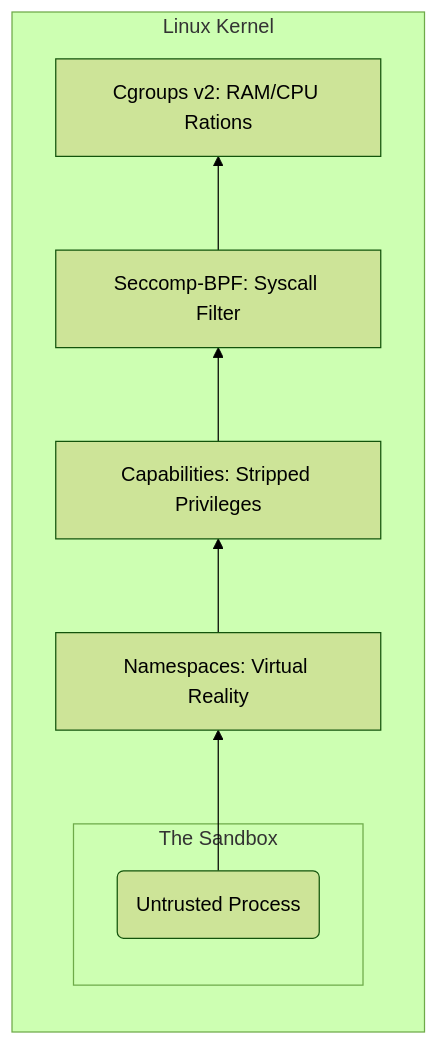
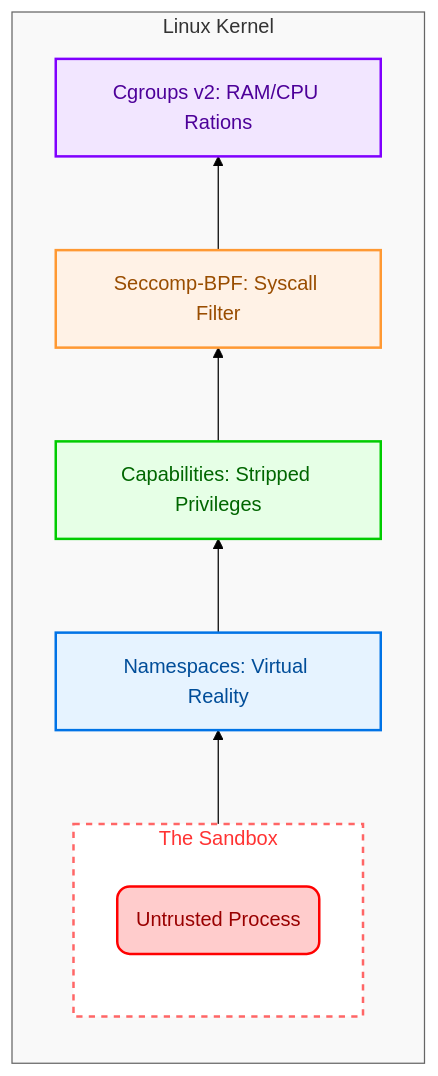
One commit to samwasted/shell-cpp changed the first of 3 diagrams in README.md. Above: the diagram before and after it, drawn with Mermaid (forest theme).

````diff
--- a/README.md
+++ b/README.md
@@ -90,37 +90,35 @@
 ```mermaid
 
 graph BT
 
-    subgraph Host_Kernel [Linux Kernel]
+    subgraph Host_Kernel [Linux Kernel]
+        direction BT
+        
+        Cgroups[Cgroups v2: RAM/CPU Rations]:::cgroupNode
+        Seccomp[Seccomp-BPF: Syscall Filter]:::seccompNode
+        Caps[Capabilities: Stripped Privileges]:::capsNode
+        NS[Namespaces: Virtual Reality]:::nsNode
+        
+        subgraph Jail [The Sandbox]
+            direction BT
+            Payload(Untrusted Process):::payloadNode
+        end
+        
+        Payload --> NS
+        NS --> Caps
+        Caps --> Seccomp
+        Seccomp --> Cgroups
+    end
 
-        direction BT
-
-        Cgroups[Cgroups v2: RAM/CPU Rations]
-
-        Seccomp[Seccomp-BPF: Syscall Filter]
-
-        Caps[Capabilities: Stripped Privileges]
-
-        NS[Namespaces: Virtual Reality]
-
-        
-
-        subgraph Jail [The Sandbox]
-
-            Payload(Untrusted Process)
-
-        end
-
-        
-
-        Payload --> NS
-
-        NS --> Caps
-
-        Caps --> Seccomp
-
-        Seccomp --> Cgroups
-
-    end
+    %% Define colors and styles
+    classDef payloadNode fill:#ffcccc,stroke:#ff0000,stroke-width:2px,rx:10,ry:10,color:#990000;
+    classDef nsNode fill:#e6f3ff,stroke:#0073e6,stroke-width:2px,color:#004d99;
+    classDef capsNode fill:#e6ffe6,stroke:#00cc00,stroke-width:2px,color:#006600;
+    classDef seccompNode fill:#fff2e6,stroke:#ff9933,stroke-width:2px,color:#994d00;
+    classDef cgroupNode fill:#f2e6ff,stroke:#8000ff,stroke-width:2px,color:#4d0099;
+    
+    %% Style the subgraphs
+    style Host_Kernel fill:#f9f9f9,stroke:#666,stroke-width:1px,color:#333;
+    style Jail fill:#fff,stroke:#ff6666,stroke-width:2px,stroke-dasharray: 5 5,color:#ff3333;
 
 ```
````
